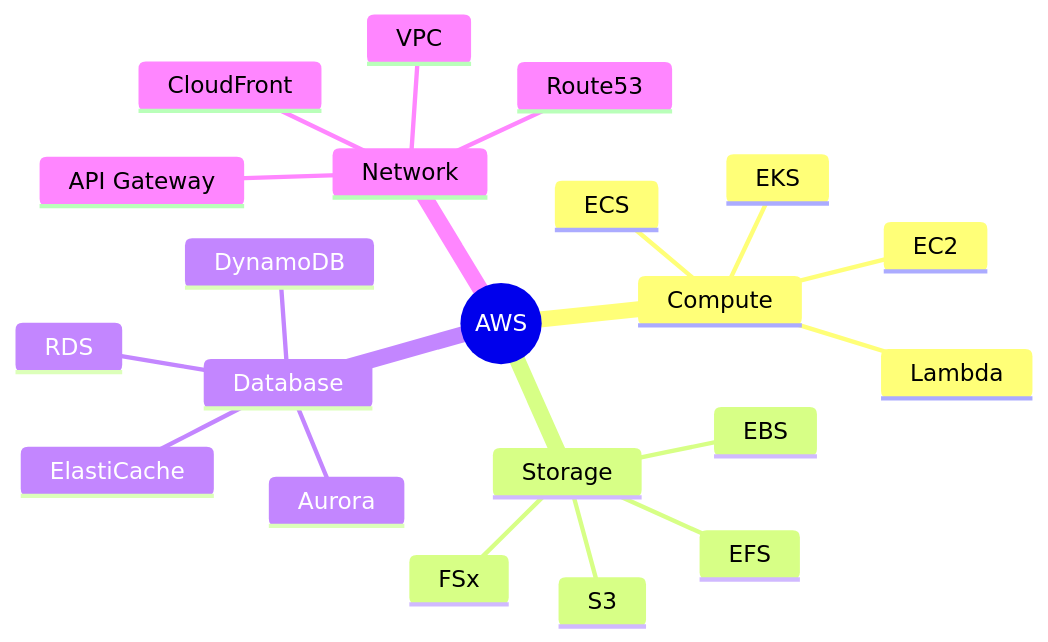
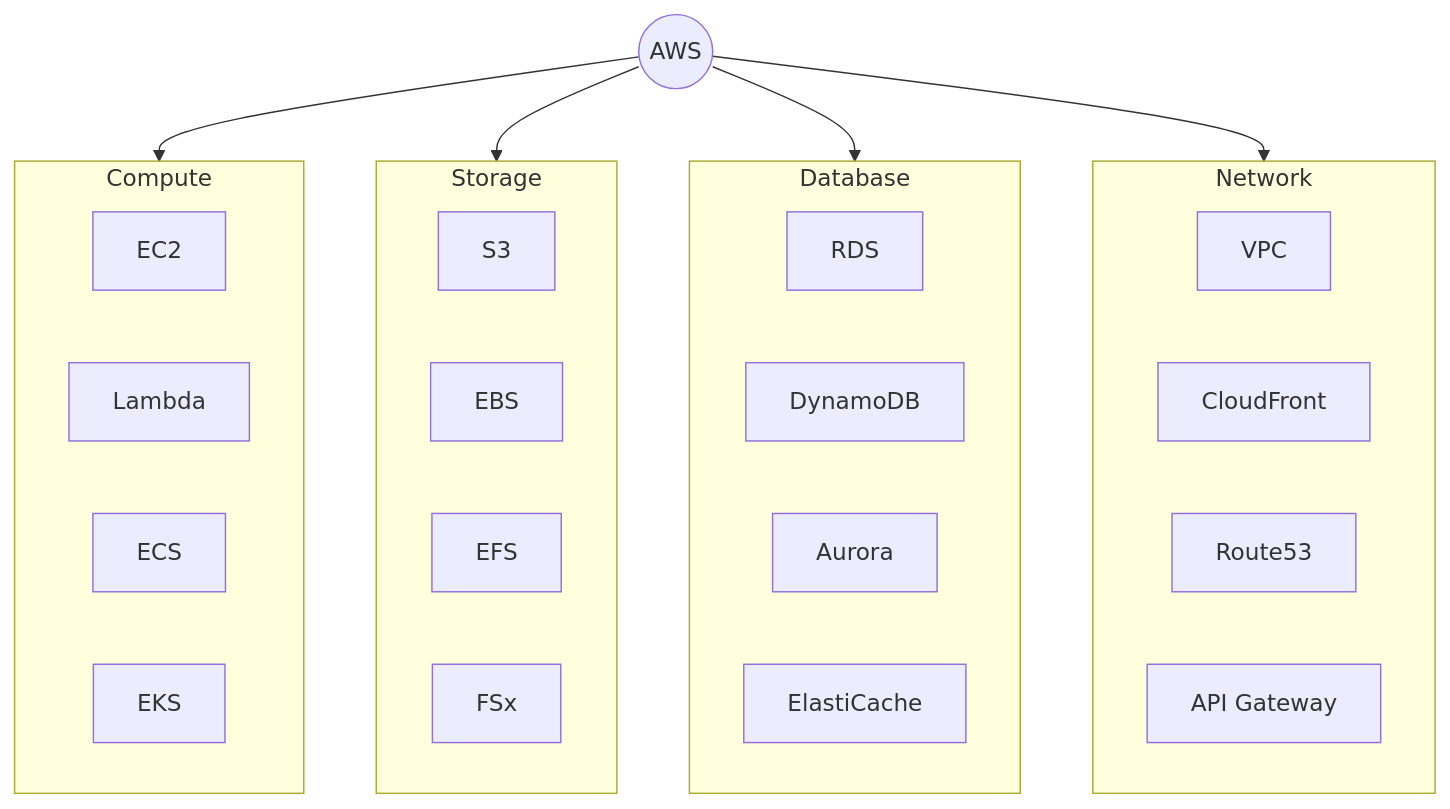
One commit to forsteri/docs changed diagram 13 of 13 in docs/mermaid-showcase.md. Above: the diagram before and after it, drawn with Mermaid. The commit also changed other lines of this file, not shown here.

Commit message:
Mermaidダイアグラムの構成を改善し、サブグラフの名称を明確化。APIパターンやGitブランチ戦略の図を更新。

````diff
--- a/docs/mermaid-showcase.md
+++ b/docs/mermaid-showcase.md
@@ -383,24 +386,35 @@
 ```mermaid
-mindmap
-    root((AWS))
-        Compute
-            EC2
-            Lambda
-            ECS
-            EKS
-        Storage
-            S3
-            EBS
-            EFS
-            FSx
-        Database
-            RDS
-            DynamoDB
-            Aurora
-            ElastiCache
-        Network
-            VPC
-            CloudFront
-            Route53
-            API Gateway
+flowchart TB
+    AWS((AWS)) --> Compute
+    AWS --> Storage
+    AWS --> Database
+    AWS --> Network
+
+    subgraph Compute
+        EC2
+        Lambda
+        ECS
+        EKS
+    end
+
+    subgraph Storage
+        S3
+        EBS
+        EFS
+        FSx
+    end
+
+    subgraph Database
+        RDS
+        DynamoDB
+        Aurora
+        ElastiCache
+    end
+
+    subgraph Network
+        VPC
+        CloudFront
+        Route53
+        APIGateway[API Gateway]
+    end
 ```
````
